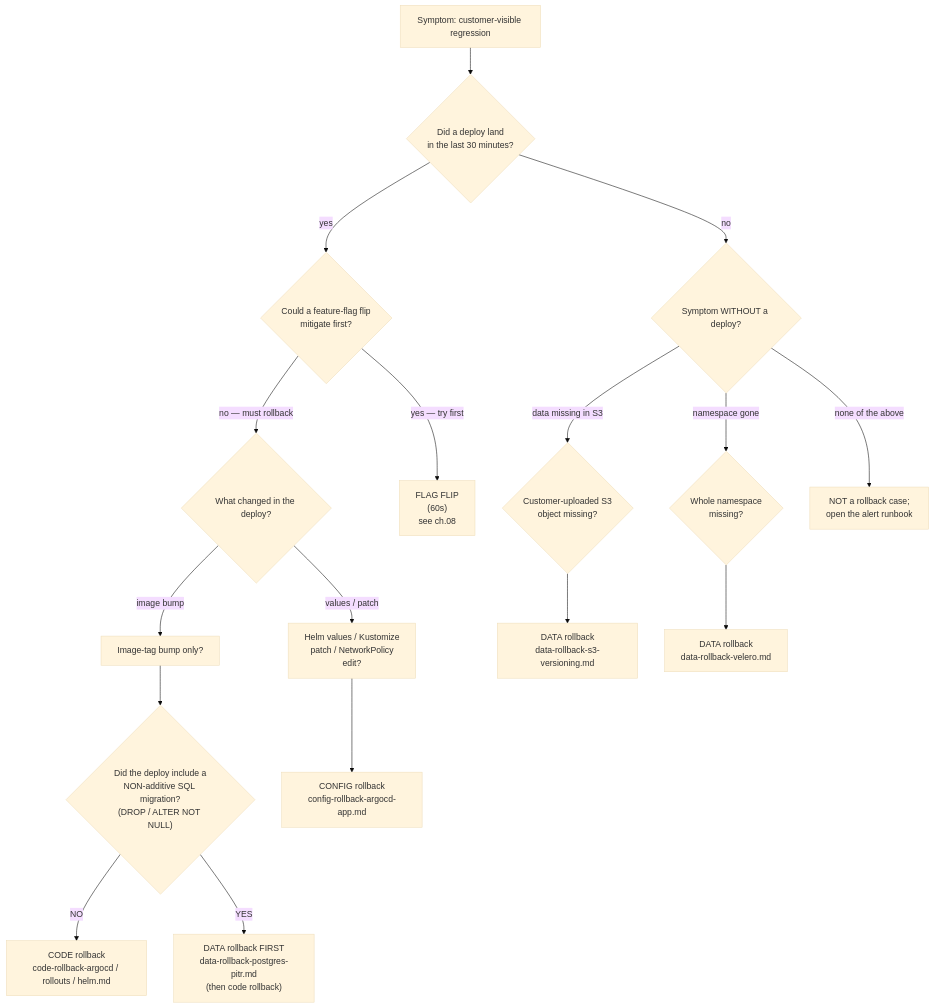
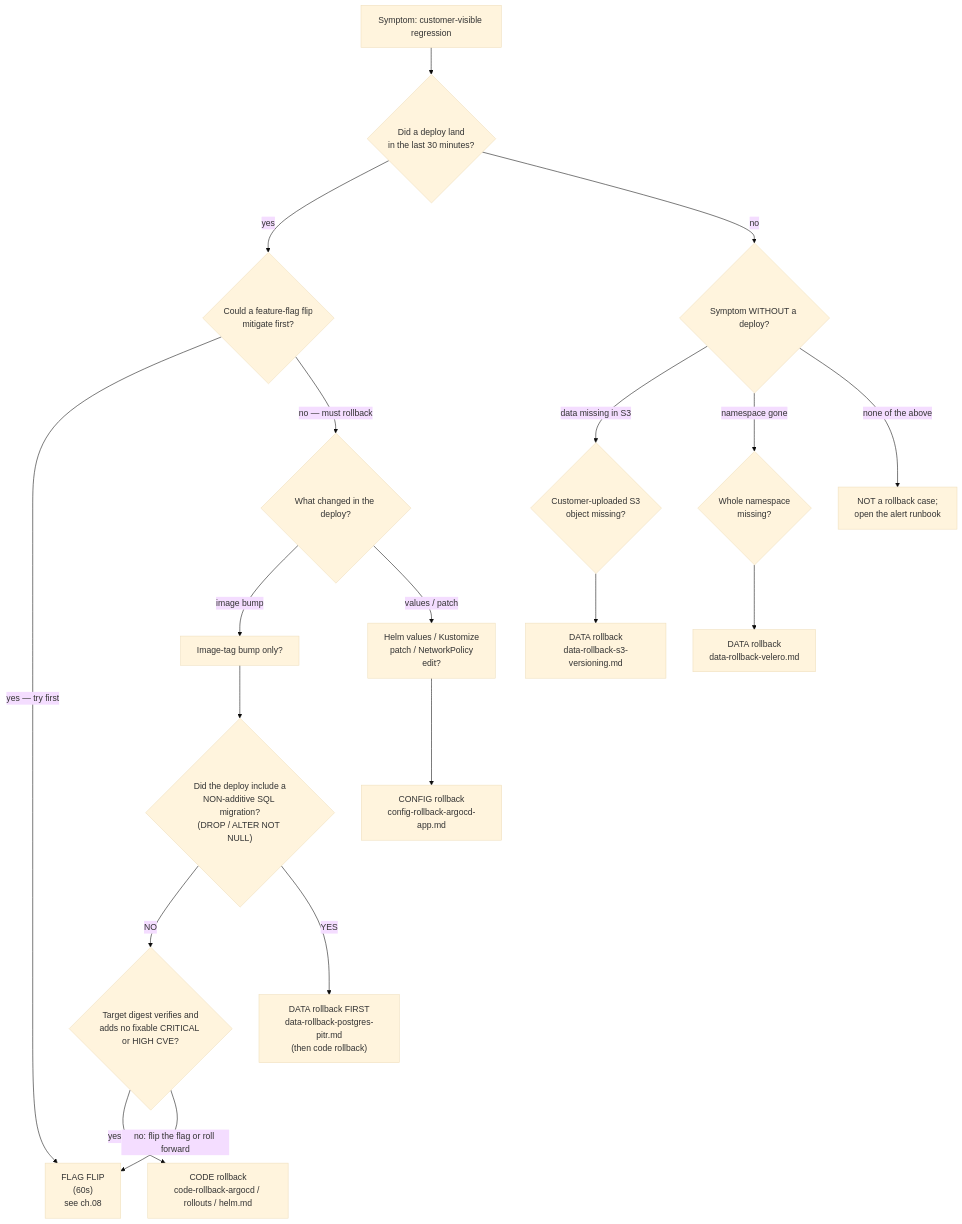
Before and after one commit to abd-ulbasit/bookstore-kubernetes-guide: the first of 2 diagrams in full-guide/15-day-to-day-production-ops/07-rollback-playbook.md, drawn with Mermaid (base theme). The commit also changed other lines of this file, not shown here.

````diff
--- a/full-guide/15-day-to-day-production-ops/07-rollback-playbook.md
+++ b/full-guide/15-day-to-day-production-ops/07-rollback-playbook.md
@@ -166,42 +179,45 @@
 ```mermaid
 flowchart TD
     sym["Symptom: customer-visible regression"]
     when{"Did a deploy land<br/>in the last 30 minutes?"}
     what{"What changed in the deploy?"}
     flag{"Could a feature-flag flip<br/>mitigate first?"}
     flagged["FLAG FLIP<br/>(60s)<br/>see ch.08"]
     code["Image-tag bump only?"]
     config["Helm values / Kustomize<br/>patch / NetworkPolicy<br/>edit?"]
     schema{"Did the deploy include a<br/>NON-additive SQL migration?<br/>(DROP / ALTER NOT NULL)"}
     rb_code["CODE rollback<br/>code-rollback-argocd / rollouts / helm.md"]
     rb_config["CONFIG rollback<br/>config-rollback-argocd-app.md"]
     rb_data["DATA rollback FIRST<br/>data-rollback-postgres-pitr.md<br/>(then code rollback)"]
+    sec{"Target digest verifies and<br/>adds no fixable CRITICAL or HIGH CVE?"}
     other{"Symptom WITHOUT a deploy?"}
     cust_data{"Customer-uploaded S3<br/>object missing?"}
     ns_gone{"Whole namespace<br/>missing?"}
     rb_s3["DATA rollback<br/>data-rollback-s3-versioning.md"]
     rb_velero["DATA rollback<br/>data-rollback-velero.md"]
     investigate["NOT a rollback case;<br/>open the alert runbook"]
 
     sym --> when
     when -->|"yes"| flag
     when -->|"no"| other
 
     flag -->|"yes — try first"| flagged
     flag -->|"no — must rollback"| what
 
     what -->|"image bump"| code
     what -->|"values / patch"| config
 
     code --> schema
-    schema -->|"NO"| rb_code
+    schema -->|"NO"| sec
     schema -->|"YES"| rb_data
+    sec -->|"yes"| rb_code
+    sec -->|"no: flip the flag or roll forward"| flagged
 
     config --> rb_config
 
     other -->|"data missing in S3"| cust_data
     other -->|"namespace gone"| ns_gone
     other -->|"none of the above"| investigate
     cust_data --> rb_s3
     ns_gone --> rb_velero
 ```
````
